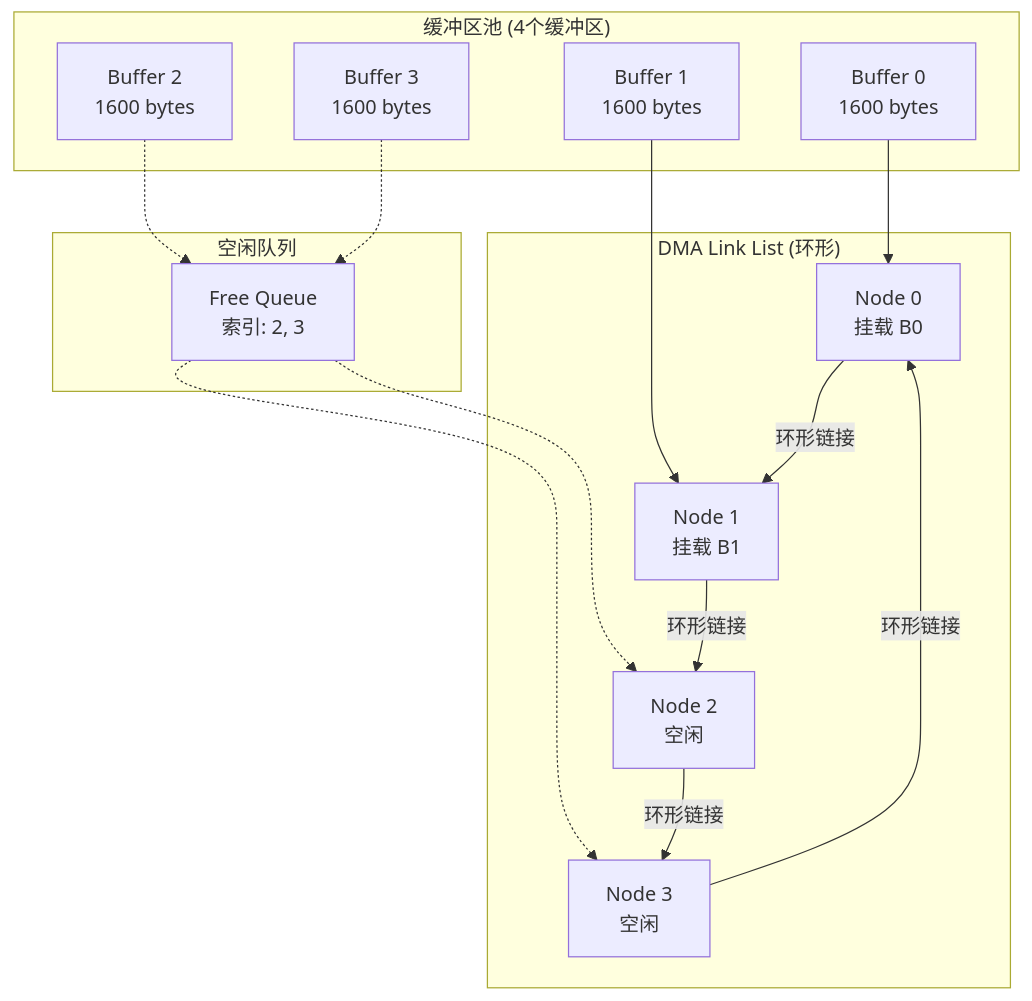
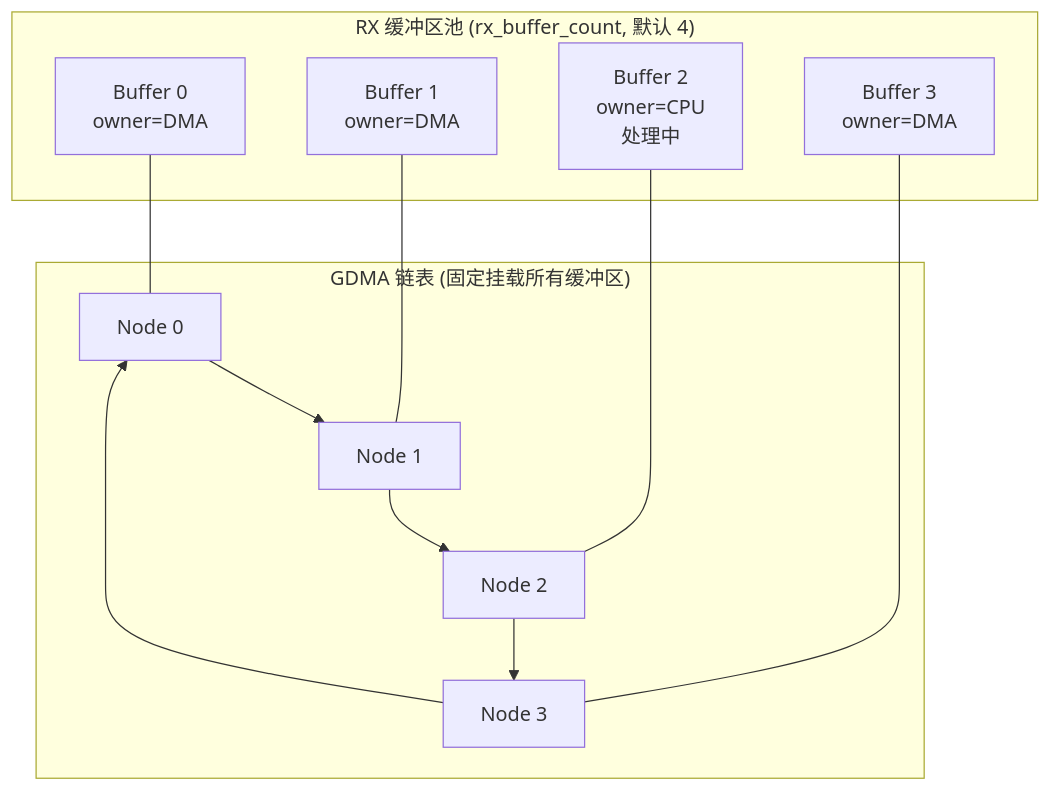
The sixth of 22 diagrams in WORKING_PRINCIPLE.md (78/uart-eth-modem), drawn with Mermaid before and after one commit. The commit also changed other lines of this file and 2 other files, not shown here.

````diff
--- a/WORKING_PRINCIPLE.md
+++ b/WORKING_PRINCIPLE.md
@@ -212,32 +252,18 @@
 ```mermaid
 graph TB
-    subgraph "缓冲区池 (4个缓冲区)"
-        B0[Buffer 0<br/>1600 bytes]
-        B1[Buffer 1<br/>1600 bytes]
-        B2[Buffer 2<br/>1600 bytes]
-        B3[Buffer 3<br/>1600 bytes]
+    subgraph "RX 缓冲区池 (rx_buffer_count, 默认 4)"
+        B0[Buffer 0<br/>owner=DMA]
+        B1[Buffer 1<br/>owner=DMA]
+        B2[Buffer 2<br/>owner=CPU<br/>处理中]
+        B3[Buffer 3<br/>owner=DMA]
     end
-    
-    subgraph "DMA Link List (环形)"
-        N0[Node 0<br/>挂载 B0]
-        N1[Node 1<br/>挂载 B1]
-        N2[Node 2<br/>空闲]
-        N3[Node 3<br/>空闲]
+
+    subgraph "GDMA 链表 (固定挂载所有缓冲区)"
+        N0[Node 0] --> N1[Node 1] --> N2[Node 2] --> N3[Node 3] --> N0
     end
-    
-    subgraph "空闲队列"
-        FQ[Free Queue<br/>索引: 2, 3]
-    end
-    
-    B0 --> N0
-    B1 --> N1
-    B2 -.-> FQ
-    B3 -.-> FQ
-    FQ -.-> N2
-    FQ -.-> N3
-    
-    N0 -->|环形链接| N1
-    N1 -->|环形链接| N2
-    N2 -->|环形链接| N3
-    N3 -->|环形链接| N0
+
+    B0 --- N0
+    B1 --- N1
+    B2 --- N2
+    B3 --- N3
 ```
````
